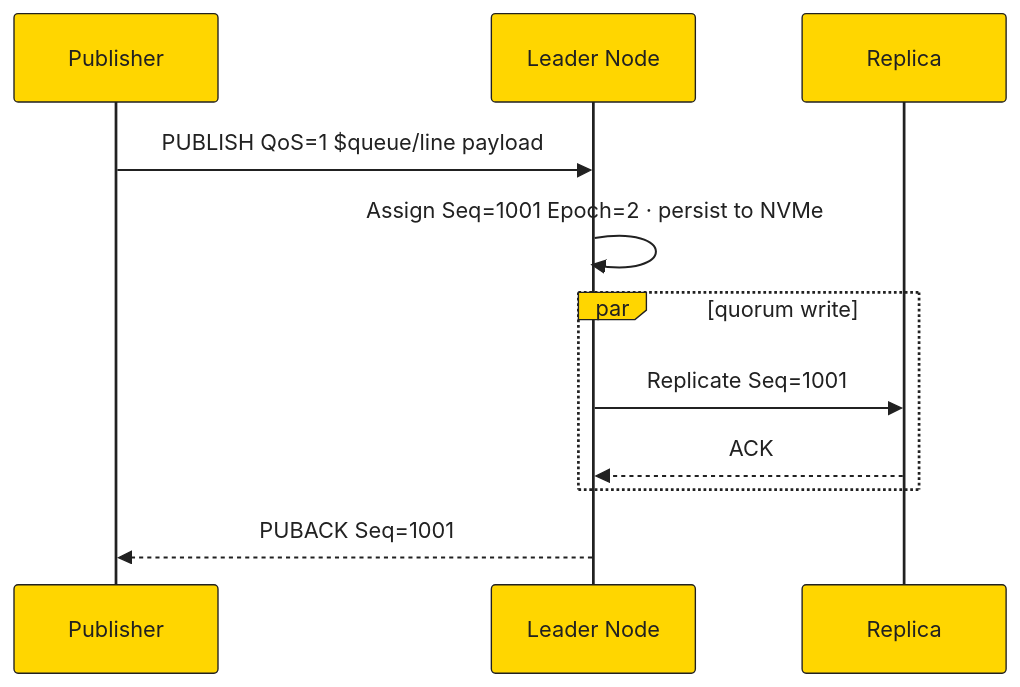
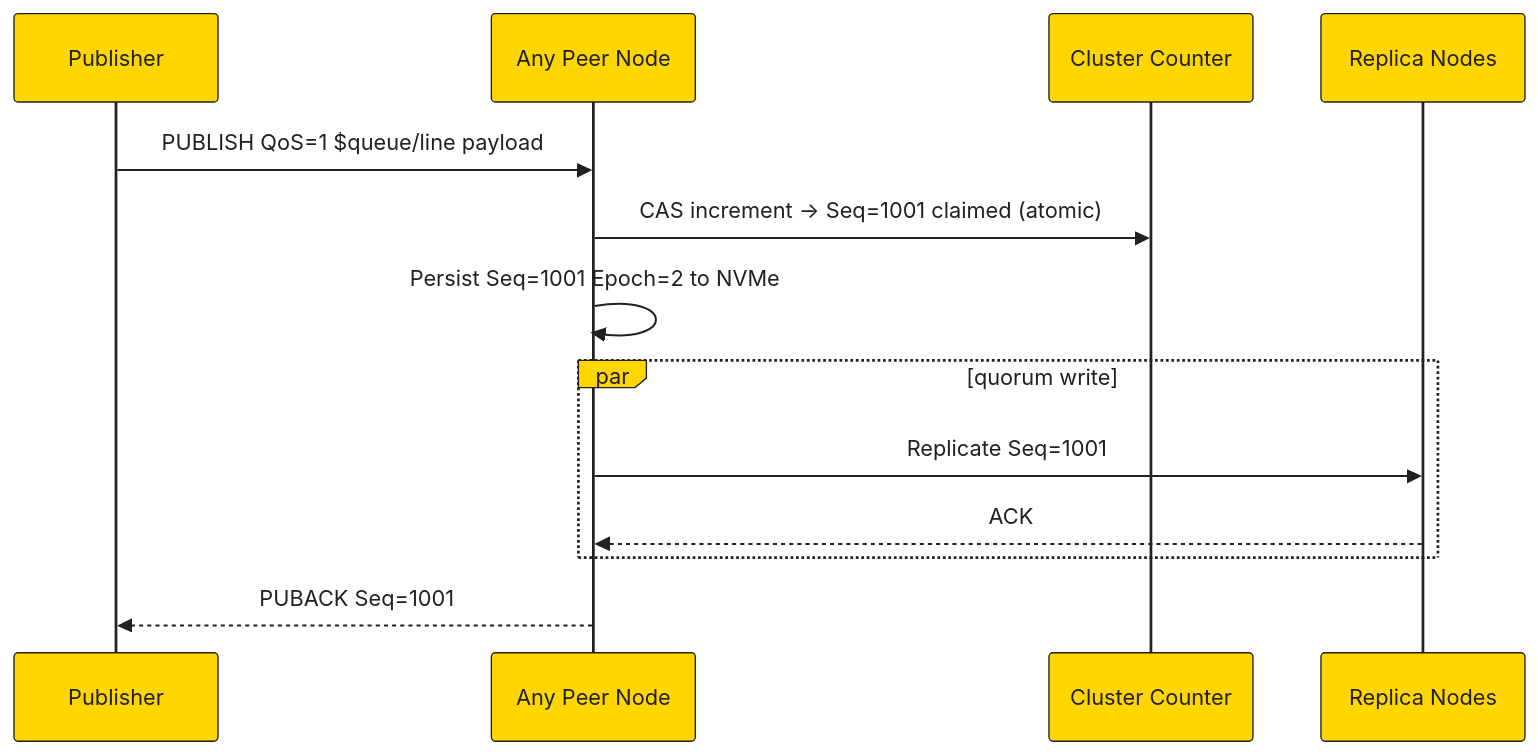
The second of 8 diagrams in docs/diagrams/packet-flows.md (bsommers/mqtt-6.0-proposal), drawn with Mermaid before and after one commit. The commit also changed other lines of this file and 6 other files, not shown here.

````diff
--- a/docs/diagrams/packet-flows.md
+++ b/docs/diagrams/packet-flows.md
@@ -30,15 +30,17 @@
 ```mermaid
 %%{init:{'theme':'base','themeVariables':{'primaryColor':'#FFD600','primaryTextColor':'#212121','primaryBorderColor':'#212121','lineColor':'#212121','actorBkg':'#FFD600','actorBorder':'#212121','actorTextColor':'#212121','noteBkgColor':'#FFF9C4','noteTextColor':'#212121','activationBkgColor':'#FFF9C4','signalColor':'#212121','signalTextColor':'#212121'}}}%%
 sequenceDiagram
     participant P as Publisher
-    participant L as Leader Node
-    participant R as Replica
+    participant N as Any Peer Node
+    participant C as Cluster Counter
+    participant R as Replica Nodes
 
-    P->>L: PUBLISH QoS=1 $queue/line payload
-    L->>L: Assign Seq=1001 Epoch=2 · persist to NVMe
+    P->>N: PUBLISH QoS=1 $queue/line payload
+    N->>C: CAS increment → Seq=1001 claimed (atomic)
+    N->>N: Persist Seq=1001 Epoch=2 to NVMe
     par quorum write
-        L->>R: Replicate Seq=1001
-        R-->>L: ACK
+        N->>R: Replicate Seq=1001
+        R-->>N: ACK
     end
-    L-->>P: PUBACK Seq=1001
+    N-->>P: PUBACK Seq=1001
 ```
````
